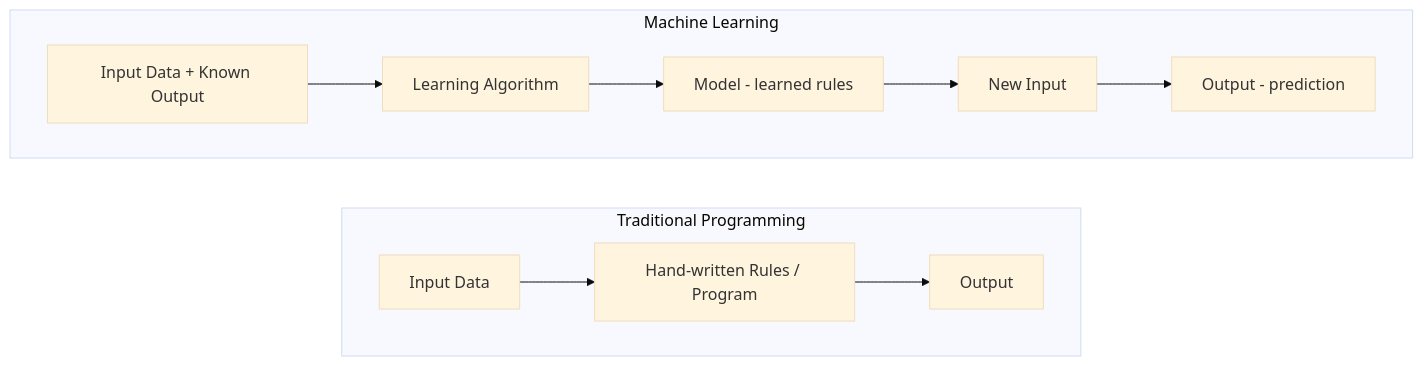
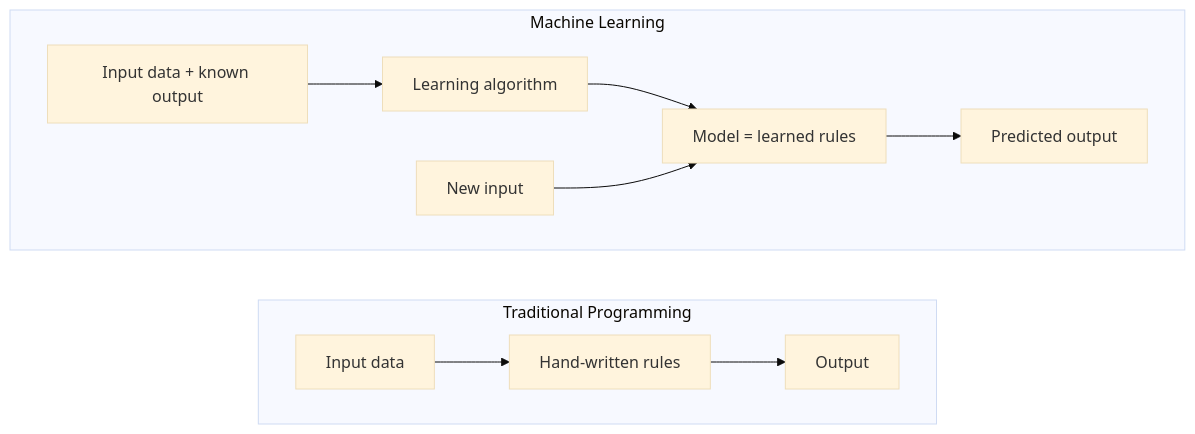
One commit to mhd-riaz/data-scientist-roadmap changed the second of 5 diagrams in semester-1/05-supervised-ml-regression/notes/01-introduction.md. Above: the diagram before and after it, drawn with Mermaid (base theme). The commit also changed other lines of this file and 5 other files, not shown here.

````diff
--- a/semester-1/05-supervised-ml-regression/notes/01-introduction.md
+++ b/semester-1/05-supervised-ml-regression/notes/01-introduction.md
@@ -67,15 +114,15 @@
 ```mermaid
 flowchart LR
     subgraph TP[Traditional Programming]
         direction LR
-        TP_In[Input Data] --> TP_Rules[Hand-written Rules / Program]
+        TP_In[Input data] --> TP_Rules[Hand-written rules]
         TP_Rules --> TP_Out[Output]
     end
     subgraph ML[Machine Learning]
         direction LR
-        ML_In[Input Data + Known Output] --> ML_Algo[Learning Algorithm]
-        ML_Algo --> ML_Model[Model - learned rules]
-        ML_Model --> ML_New[New Input]
-        ML_New --> ML_Out[Output - prediction]
+        ML_In[Input data + known output] --> ML_Algo[Learning algorithm]
+        ML_Algo --> ML_Model[Model = learned rules]
+        ML_New[New input] --> ML_Model
+        ML_Model --> ML_Out[Predicted output]
     end
 ```
````
